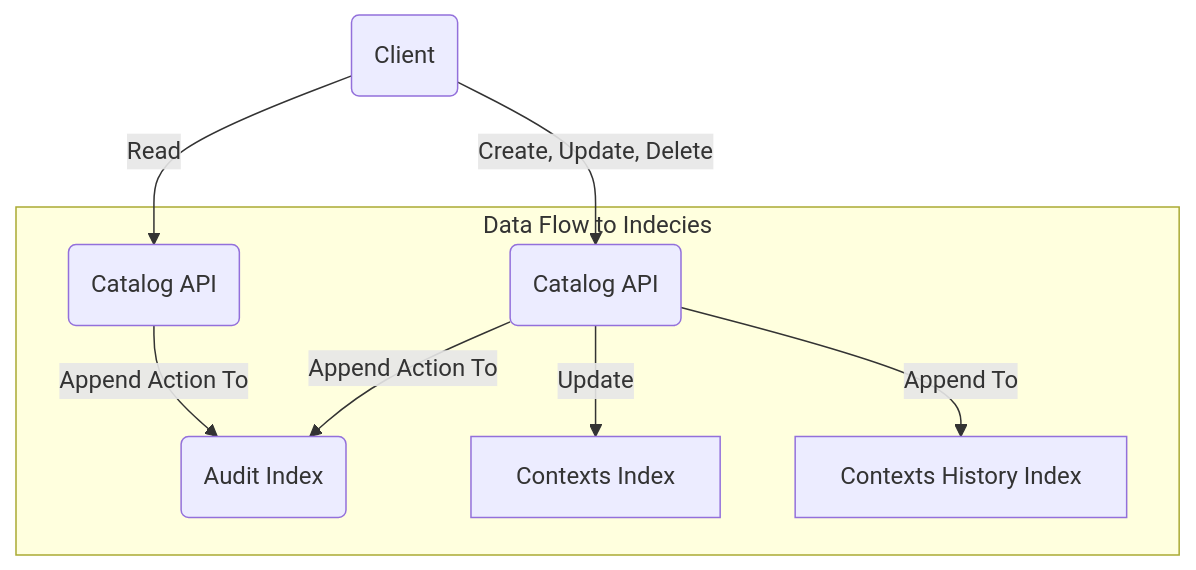
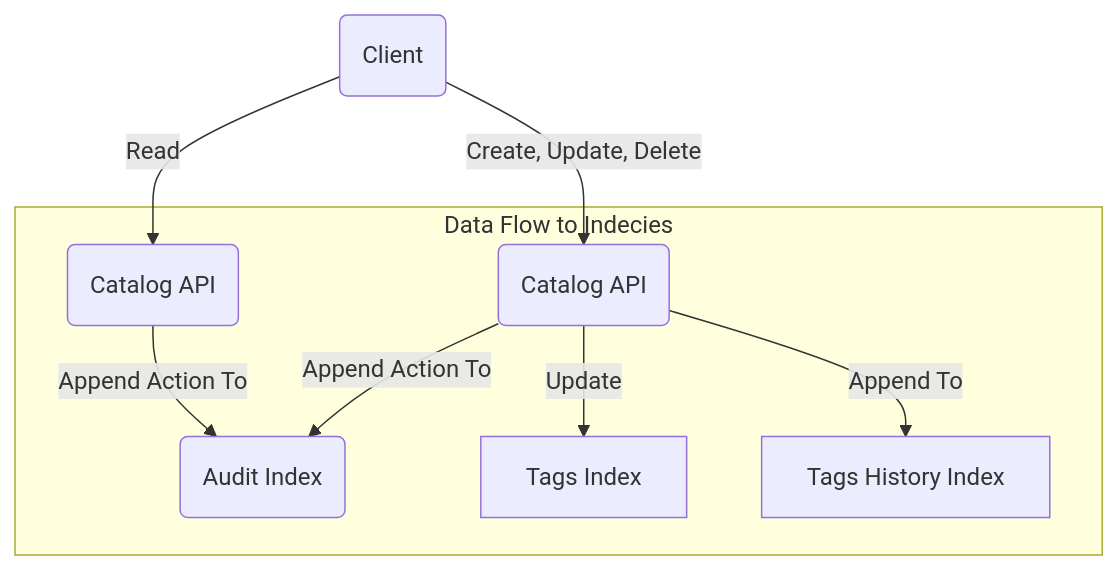
The diagram in README.md (geudrik/egregore), drawn with Mermaid before and after one commit.

Commit message:
Typo in flowchart

````diff
--- a/README.md
+++ b/README.md
@@ -177,12 +177,12 @@
 ```mermaid
 flowchart TD
     A(Client) -->|Read| L(Catalog API)
     A -->|Create, Update, Delete| B(Catalog API)
 
     subgraph Data Flow to Indecies
         L -->|Append Action To| M(Audit Index)
-        B -->|Update| C[Contexts Index]
-        B -->|Append To| D[Contexts History Index]
+        B -->|Update| C[Tags Index]
+        B -->|Append To| D[Tags History Index]
         B -->|Append Action To| M
     end
 ```
````
